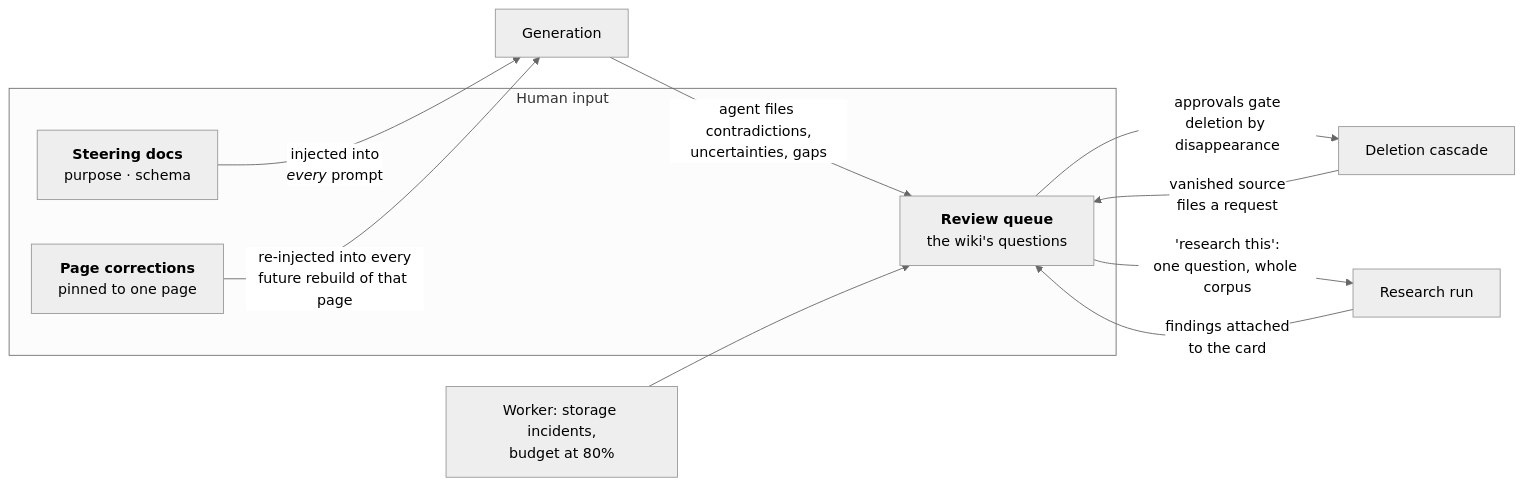
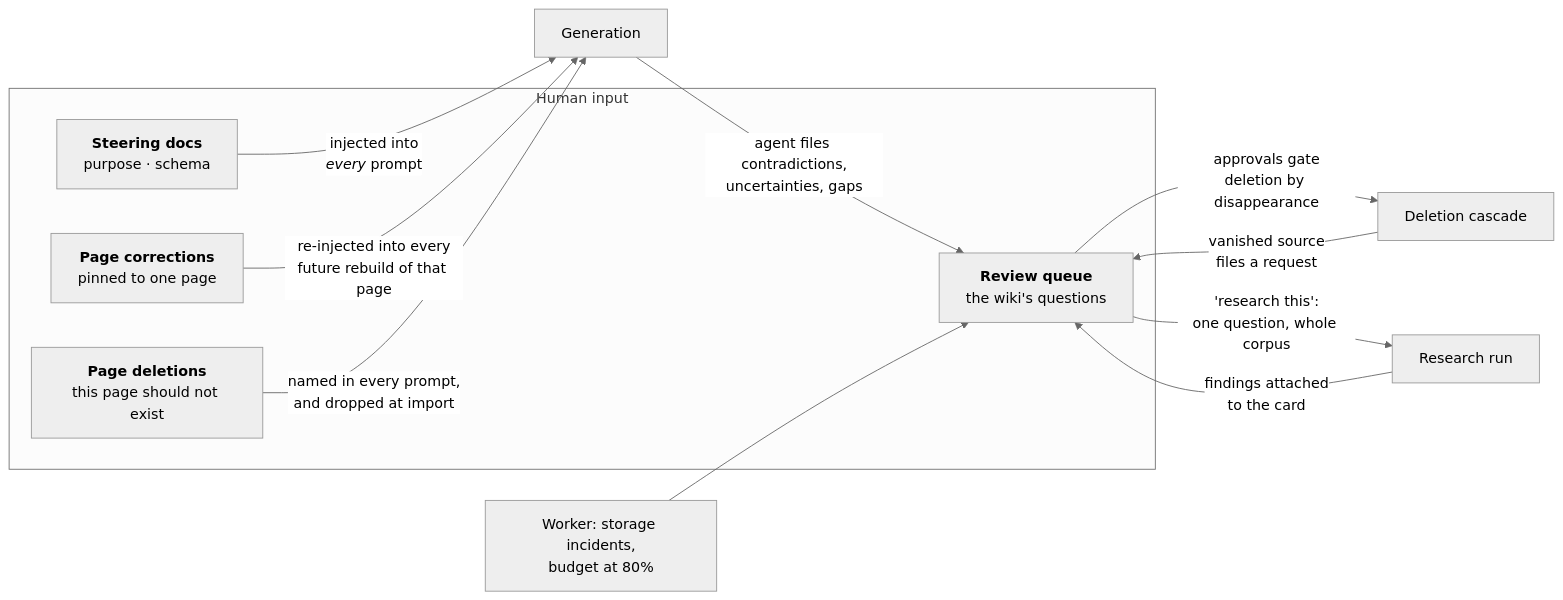
Diagram 12 of 16 in docs/architecture.md (daiwa-zou/kiln), drawn with Mermaid (neutral theme) before and after one commit. The commit also changed other lines of this file and 19 other files, not shown here.

````diff
--- a/docs/architecture.md
+++ b/docs/architecture.md
@@ -654,18 +654,20 @@
 ```mermaid
 flowchart LR
     subgraph inputs["Human input"]
         S["<b>Steering docs</b><br/>purpose · schema"]
         C["<b>Page corrections</b><br/>pinned to one page"]
+        D["<b>Page deletions</b><br/>this page should not exist"]
         R["<b>Review queue</b><br/>the wiki's questions"]
     end
 
     S -->|"injected into<br/><i>every</i> prompt"| Gen["Generation"]
     C -->|"re-injected into every<br/>future rebuild of that page"| Gen
+    D -->|"named in every prompt,<br/>and dropped at import"| Gen
     R -->|"approvals gate<br/>deletion by disappearance"| Del["Deletion cascade"]
 
     Gen -->|"agent files contradictions,<br/>uncertainties, gaps"| R
     Del -->|"vanished source<br/>files a request"| R
     Sys["Worker: storage incidents,<br/>budget at 80%"] --> R
     R -->|"'research this':<br/>one question, whole corpus"| Res["Research run"]
     Res -->|"findings attached<br/>to the card"| R
 ```
````
